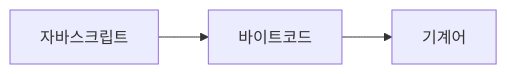
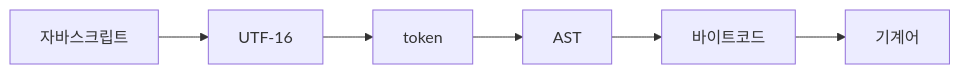
One commit to arch-spatula/Hyper-Modern-JavaScript-Cook-Book changed the first of 2 diagrams in docs/Core/compile.md. Above: the diagram before and after it, drawn with Mermaid. The commit also changed other lines of this file, not shown here.

````diff
--- a/docs/Core/compile.md
+++ b/docs/Core/compile.md
@@ -53,4 +48,4 @@
 ```mermaid
 flowchart LR
-    자바스크립트 --> 바이트코드 --> 기계어
+    자바스크립트 --> UTF-16 --> token --> AST --> 바이트코드 --> 기계어
 ```
````
